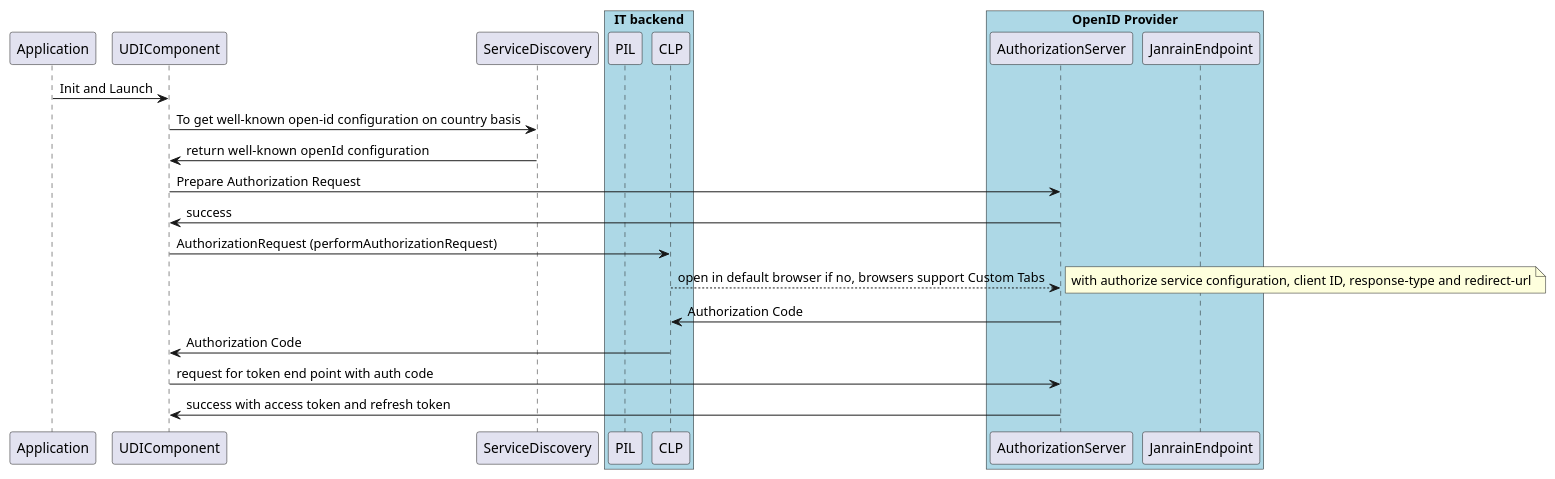
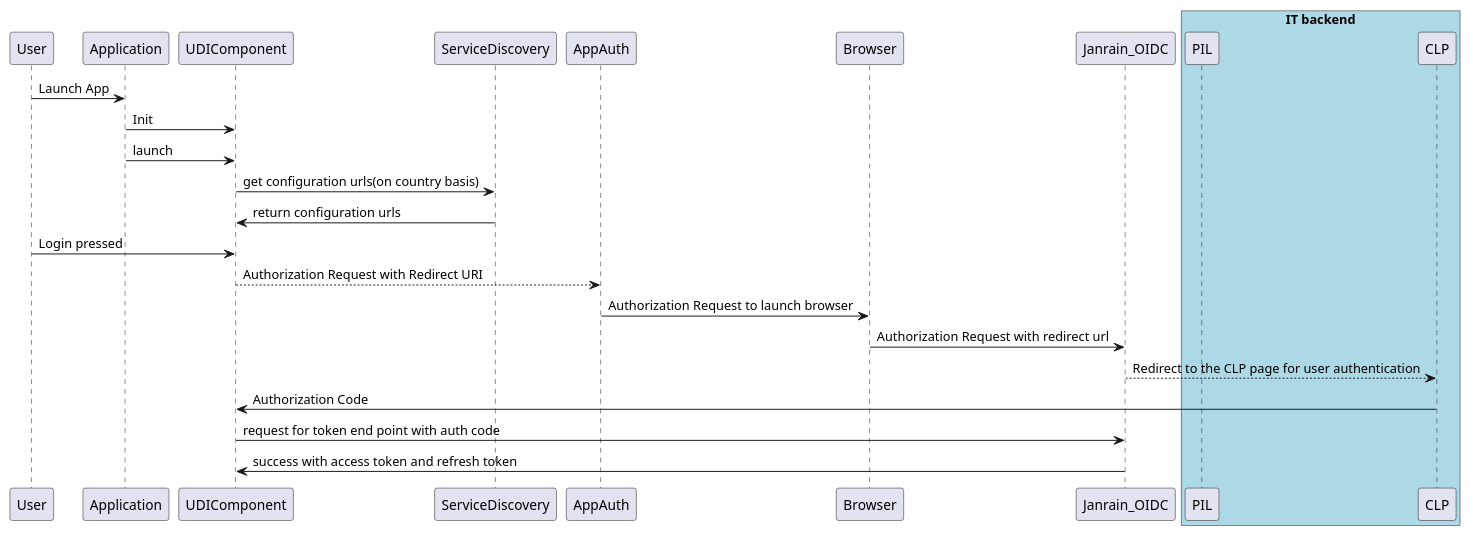
One commit to rahul2008/mobile-plf-android changed the diagram in Source/usr/Source/DemoApp/app/src/main/java/com/philips/uiddemo/UDI_Initilization.puml. Above: the diagram before and after it, drawn with PlantUML.

Commit message:
UDI Diagram update

```diff
--- a/Source/usr/Source/DemoApp/app/src/main/java/com/philips/uiddemo/UDI_Initilization.puml
+++ b/Source/usr/Source/DemoApp/app/src/main/java/com/philips/uiddemo/UDI_Initilization.puml
@@ -1,33 +1,41 @@
 @startuml
+User -> Application : Launch App
+Application -> UDIComponent: Init
+Application -> UDIComponent: launch
 
-Application -> UDIComponent: Init and Launch
 
-UDIComponent -> ServiceDiscovery: To get well-known open-id configuration on country basis
-ServiceDiscovery ->UDIComponent : return well-known openId  configuration
+UDIComponent -> ServiceDiscovery: get configuration urls(on country basis)
+ServiceDiscovery ->UDIComponent : return configuration urls
 
-UDIComponent -> AuthorizationServer: Prepare Authorization Request
-AuthorizationServer ->UDIComponent:success
+User -> UDIComponent : Login pressed
+UDIComponent --> AppAuth:Authorization Request with Redirect URI
 
-UDIComponent -> CLP : AuthorizationRequest (performAuthorizationRequest)
-CLP --> AuthorizationServer : open in default browser if no, browsers support Custom Tabs
-note right: with authorize service configuration, client ID, response-type and redirect-url
+AppAuth  -> Browser : Authorization Request to launch browser
 
-AuthorizationServer ->CLP :Authorization Code
+Browser -> Janrain_OIDC: Authorization Request with redirect url
+
+CLP <-- Janrain_OIDC : Redirect to the CLP page for user authentication
+
+'User input to CLP and CLP validate the credential with Janrain. If yes, Janrain will give
+
+
+
+
 CLP ->UDIComponent :Authorization Code
 
-UDIComponent ->AuthorizationServer:request for token end point with auth code
-AuthorizationServer -> UDIComponent: success with access token and refresh token
+UDIComponent ->Janrain_OIDC:request for token end point with auth code
+Janrain_OIDC -> UDIComponent: success with access token and refresh token
 
 
 box "IT backend" #LightBlue
 participant PIL
 participant CLP
 end box
 
-
-box "OpenID Provider" #LightBlue
-participant AuthorizationServer
-participant JanrainEndpoint
-end box
+'
+'box "Janrain_OIDC" #LightBlue
+'participant AuthorizationServer
+'participant JanrainEndpoint
+'end box
 
 @enduml
```
